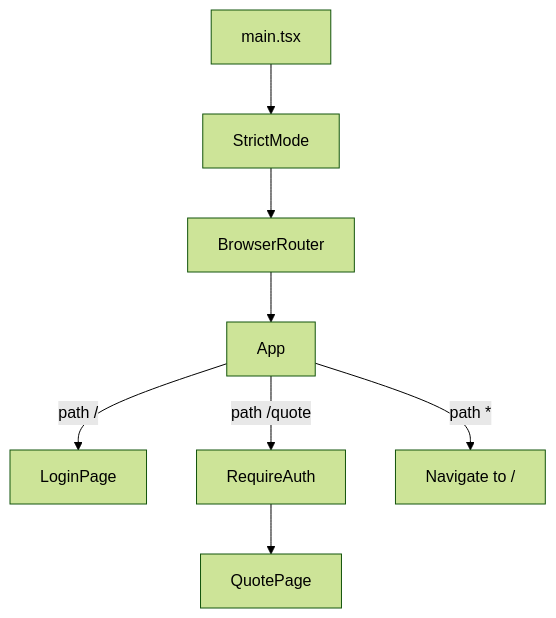
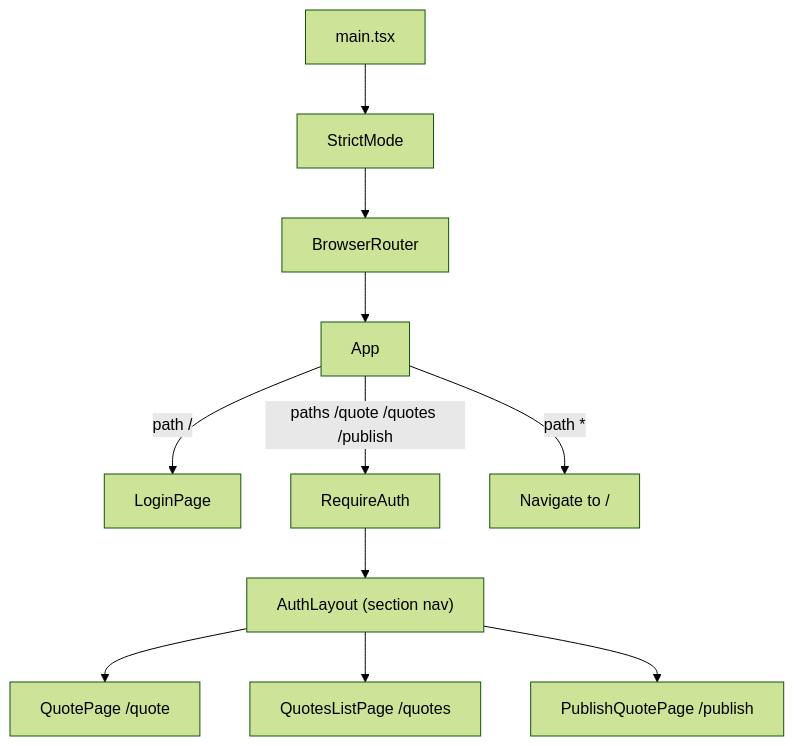
One commit to josnelihurt/code.examples.net.quotes changed the first of 2 diagrams in frontend/README.md. Above: the diagram before and after it, drawn with Mermaid (forest theme). The commit also changed other lines of this file and 44 other files, not shown here.

First line of the commit message:
chore:  web app add quotes list quotes

````diff
--- a/frontend/README.md
+++ b/frontend/README.md
@@ -36,19 +55,25 @@
 ```mermaid
 flowchart TD
   main["main.tsx"]
   strict["StrictMode"]
   router["BrowserRouter"]
   app["App"]
   login["LoginPage"]
   guard["RequireAuth"]
-  quote["QuotePage"]
+  layout["AuthLayout (section nav)"]
+  quote["QuotePage /quote"]
+  catalog["QuotesListPage /quotes"]
+  publish["PublishQuotePage /publish"]
   redirect["Navigate to /"]
 
   main --> strict
   strict --> router
   router --> app
   app -->|"path /"| login
-  app -->|"path /quote"| guard
-  guard --> quote
+  app -->|"paths /quote /quotes /publish"| guard
+  guard --> layout
+  layout --> quote
+  layout --> catalog
+  layout --> publish
   app -->|"path *"| redirect
 ```
````
